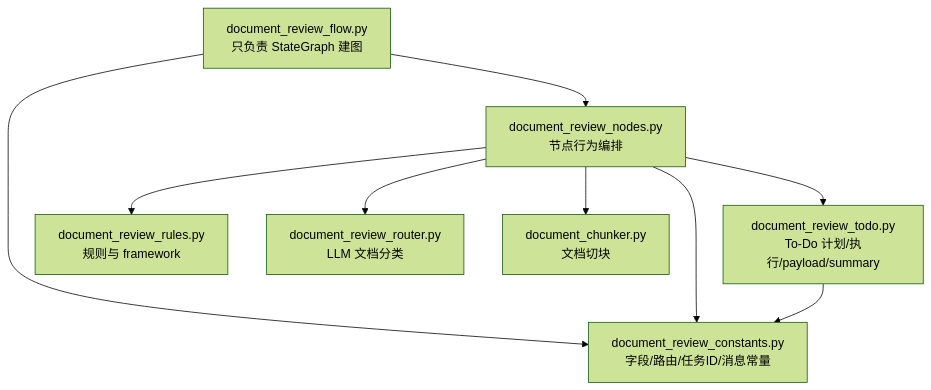
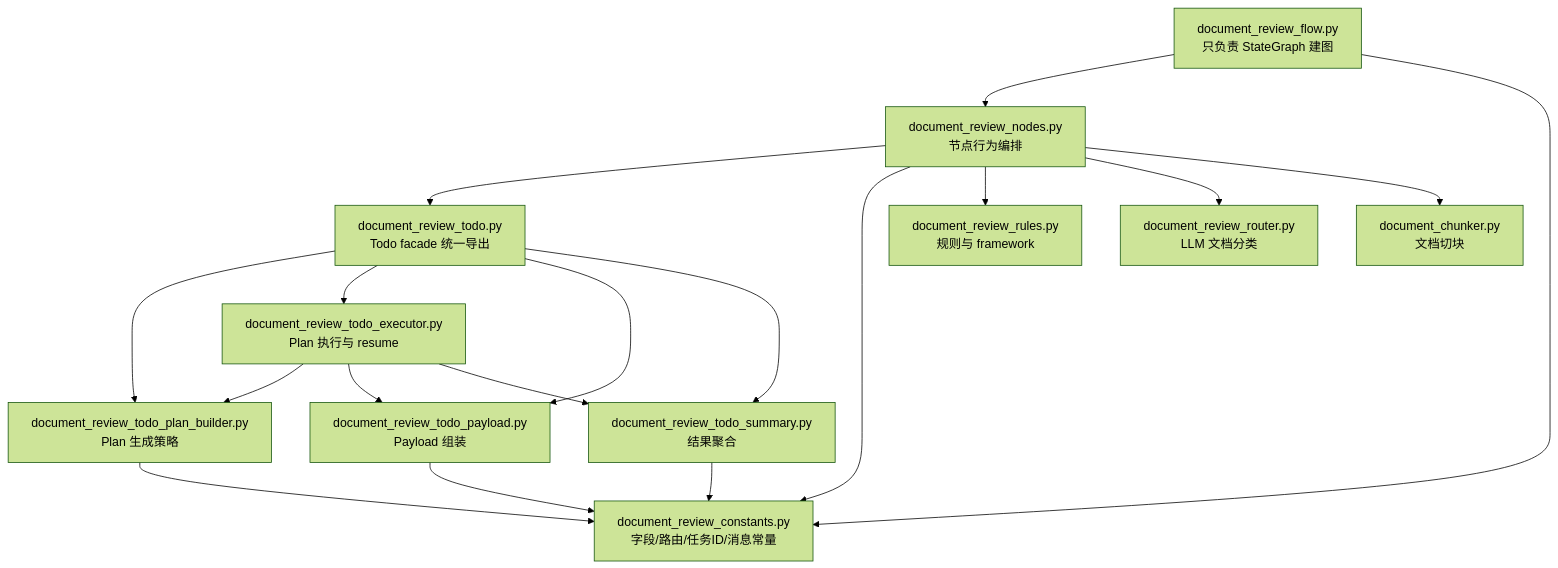
The diagram in docs/2-2/plans/16-investment_document_review_flow_module_split_plan.md (CerlinLele/Investory), drawn with Mermaid (forest theme) before and after one commit. The commit also changed other lines of this file, not shown here.

First line of the commit message:
refactor: extract todo plan generation and execution to dedicated module

````diff
--- a/docs/2-2/plans/16-investment_document_review_flow_module_split_plan.md
+++ b/docs/2-2/plans/16-investment_document_review_flow_module_split_plan.md
@@ -44,19 +44,32 @@
 ```mermaid
 graph TD
     flow[document_review_flow.py<br/>只负责 StateGraph 建图]
     nodes[document_review_nodes.py<br/>节点行为编排]
-    todo[document_review_todo.py<br/>To-Do 计划/执行/payload/summary]
+    todo[document_review_todo.py<br/>Todo facade 统一导出]
+    plan_builder[document_review_todo_plan_builder.py<br/>Plan 生成策略]
+    executor[document_review_todo_executor.py<br/>Plan 执行与 resume]
+    payload[document_review_todo_payload.py<br/>Payload 组装]
+    summary[document_review_todo_summary.py<br/>结果聚合]
     constants[document_review_constants.py<br/>字段/路由/任务ID/消息常量]
     rules[document_review_rules.py<br/>规则与 framework]
     router[document_review_router.py<br/>LLM 文档分类]
     chunker[document_chunker.py<br/>文档切块]
 
     flow --> nodes
     flow --> constants
     nodes --> todo
     nodes --> constants
     nodes --> rules
     nodes --> router
     nodes --> chunker
-    todo --> constants
+    todo --> plan_builder
+    todo --> executor
+    todo --> payload
+    todo --> summary
+    executor --> plan_builder
+    executor --> payload
+    executor --> summary
+    plan_builder --> constants
+    payload --> constants
+    summary --> constants
 ```
````
